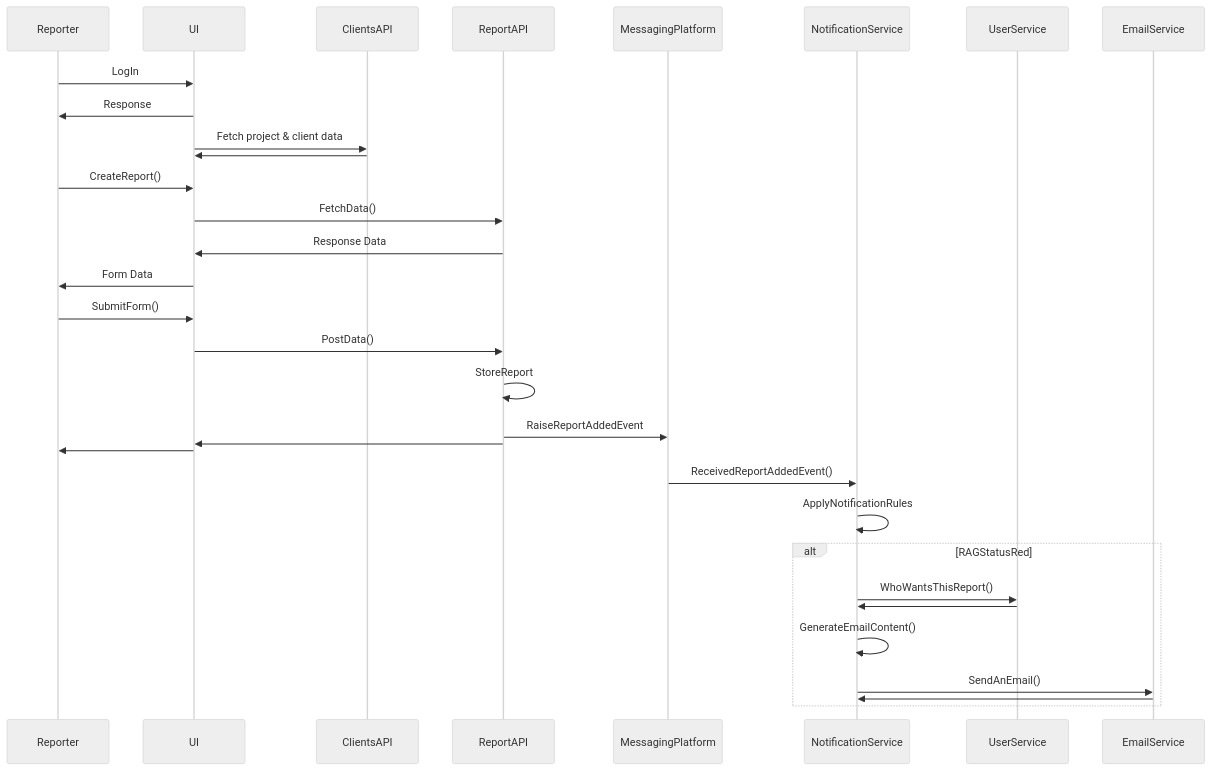
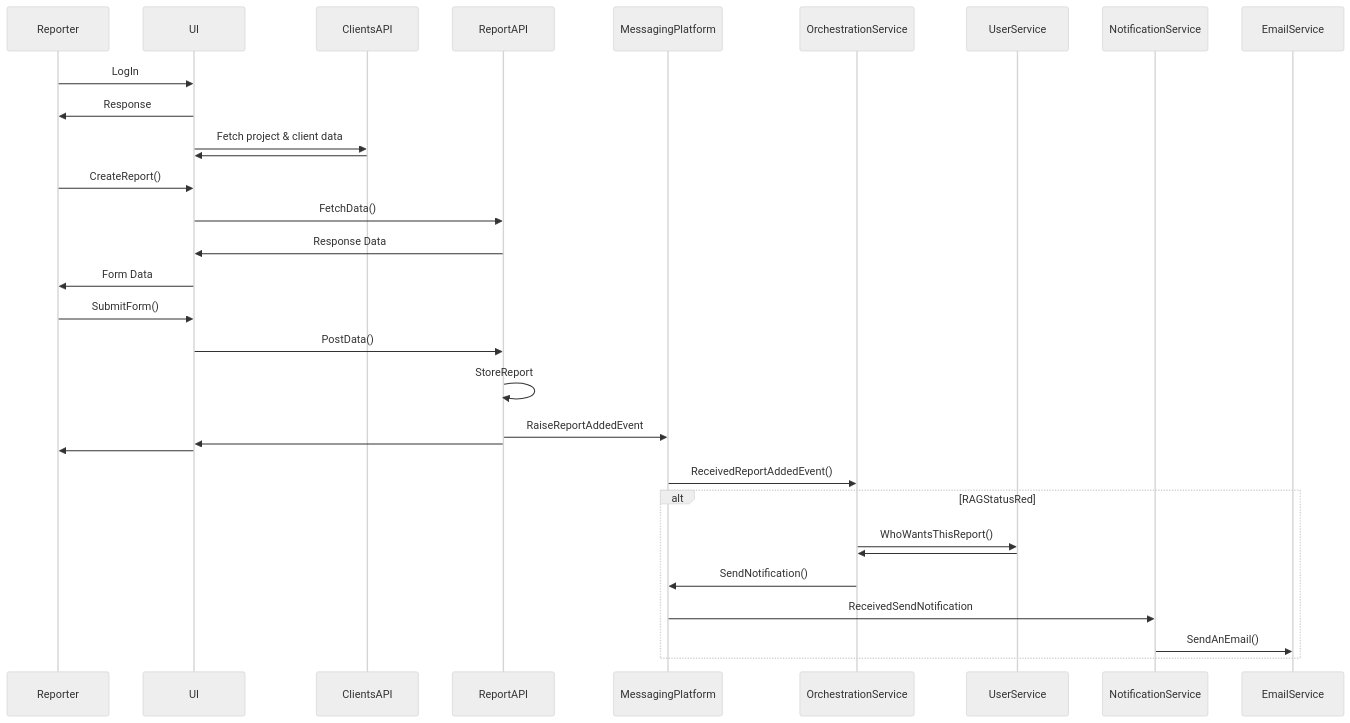
Before and after one commit to talentconsulting/talentsuite-audit-service: the diagram in README.md, drawn with Mermaid (neutral theme). The commit also changed other lines of this file, not shown here.

Commit message:
Modify Adding a report sequence diagram

````diff
--- a/README.md
+++ b/README.md
@@ -5,26 +6,29 @@
 ```mermaid
+
 sequenceDiagram
     Reporter->>UI: LogIn
     UI->>Reporter: Response
     UI->>ClientsAPI: Fetch project & client data
     ClientsAPI->>UI: 
     Reporter->>UI: CreateReport()
     UI->>ReportAPI: FetchData()
     ReportAPI->>UI: Response Data
     UI->>Reporter: Form Data
     Reporter->>UI: SubmitForm()
     UI->>ReportAPI: PostData()
     ReportAPI->>ReportAPI: StoreReport
     ReportAPI->>MessagingPlatform: RaiseReportAddedEvent
     ReportAPI->>UI: 
     UI->>Reporter: 
-    MessagingPlatform->>NotificationService: ReceivedReportAddedEvent()
-    NotificationService->>NotificationService: ApplyNotificationRules
+        MessagingPlatform->>OrchestrationService: ReceivedReportAddedEvent()
     alt RAGStatusRed
-    NotificationService->>UserService: WhoWantsThisReport()
-    UserService->>NotificationService: 
-    NotificationService->>NotificationService: GenerateEmailContent()
+    OrchestrationService->>UserService: WhoWantsThisReport()
+    UserService->>OrchestrationService: 
+    OrchestrationService->>MessagingPlatform: SendNotification()    
+    MessagingPlatform->>NotificationService: ReceivedSendNotification
     NotificationService->>EmailService: SendAnEmail()
-    EmailService->>NotificationService: 
-    end
+
+    end    
+
+    
 ```
````
